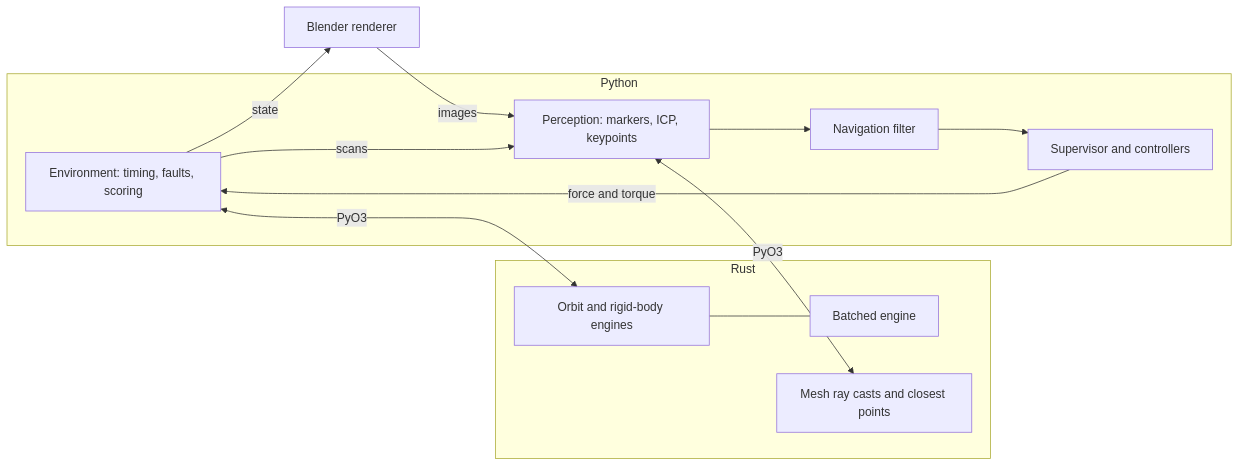
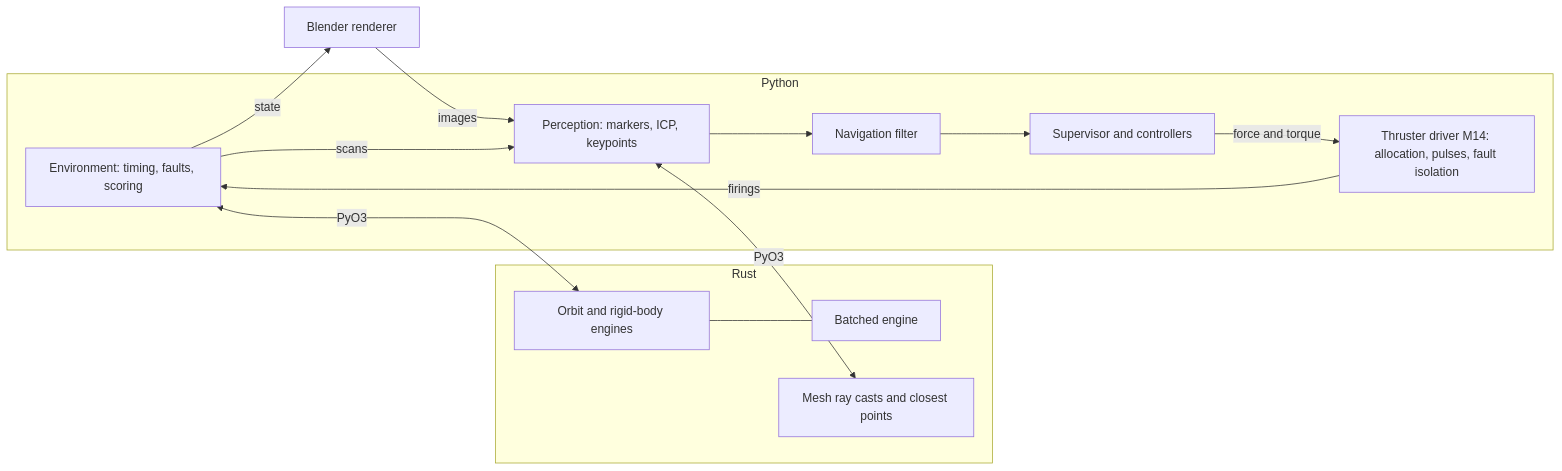
The diagram in README.md (Cp557/rpod), drawn with Mermaid before and after one commit. The commit also changed other lines of this file and 10 other files, not shown here.

First line of the commit message:
M14: thrusters, thruster faults and their detection

````diff
--- a/README.md
+++ b/README.md
@@ -32,18 +33,20 @@
 ```mermaid
 flowchart LR
     subgraph rust [Rust]
         engine[Orbit and rigid-body engines] --- batch[Batched engine]
         mesh[Mesh ray casts and closest points]
     end
     subgraph python [Python]
         env[Environment: timing, faults, scoring]
         perception[Perception: markers, ICP, keypoints]
         nav[Navigation filter]
         control[Supervisor and controllers]
+        thrusters[Thruster driver M14: allocation, pulses, fault isolation]
     end
     blender[Blender renderer]
     env -- state --> blender -- images --> perception
-    env -- scans --> perception --> nav --> control -- force and torque --> env
+    env -- scans --> perception --> nav --> control -- force and torque --> thrusters
+    thrusters -- firings --> env
     env <-- PyO3 --> engine
     perception <-- PyO3 --> mesh
 ```
````
